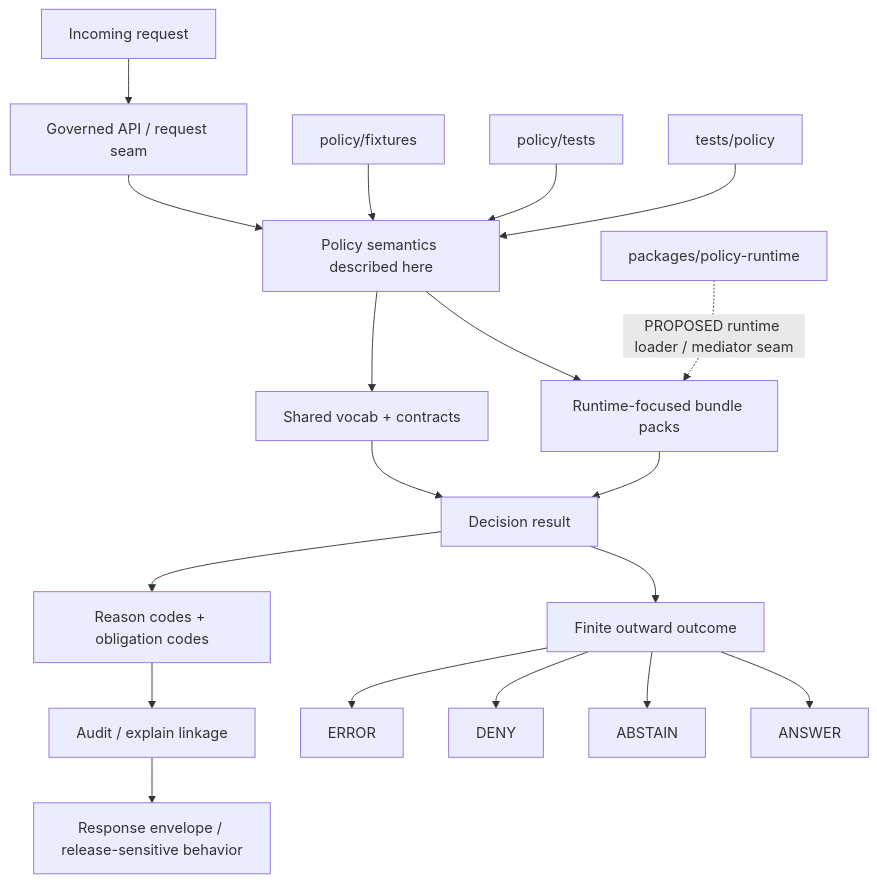
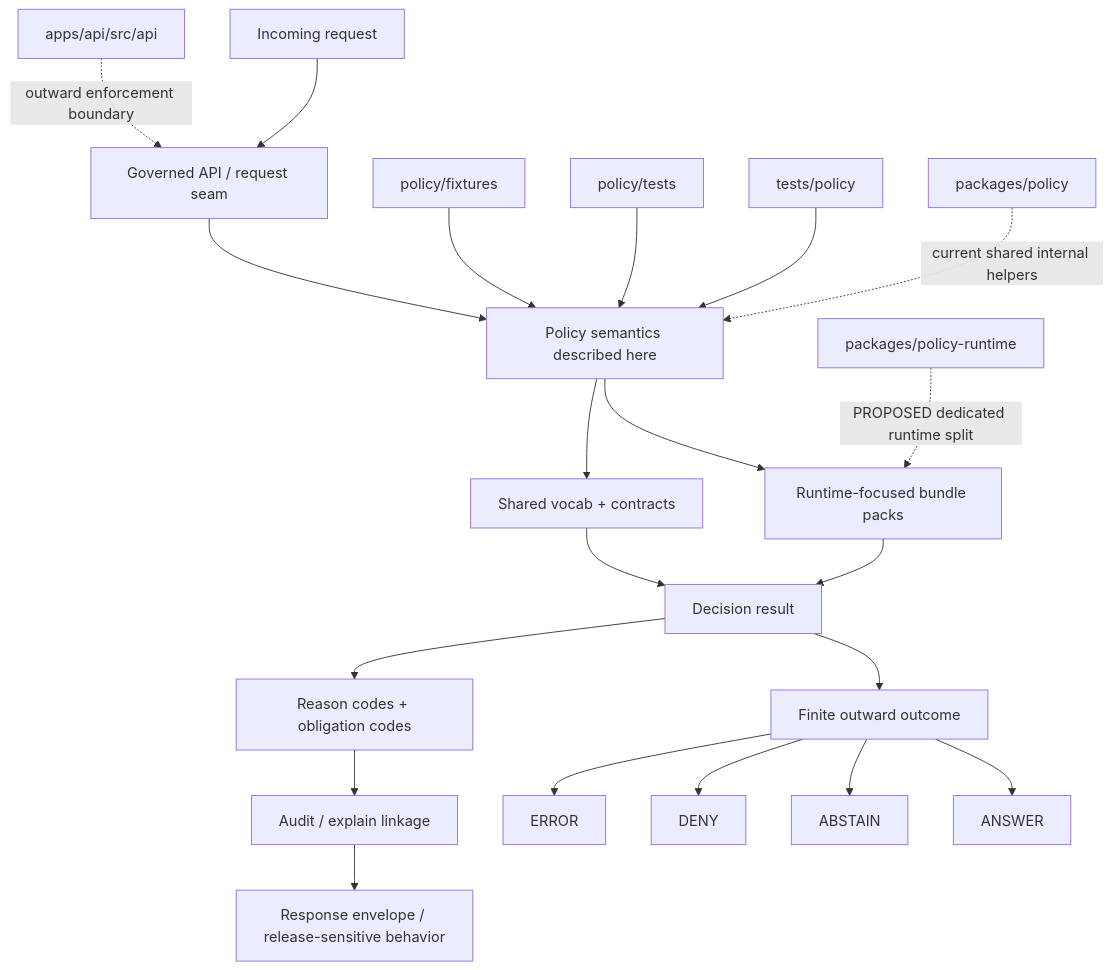
The diagram in policy/policy-runtime/README.md (bartytime4life/Kansas-Frontier-Matrix), drawn with Mermaid before and after one commit. The commit also changed other lines of this file, not shown here.

First line of the commit message:
Revise README with updated date and boundary clarifications

````diff
--- a/policy/policy-runtime/README.md
+++ b/policy/policy-runtime/README.md
@@ -330,24 +404,31 @@
 ```mermaid
 flowchart TD
     A[Incoming request] --> B[Governed API / request seam]
     B --> C[Policy semantics described here]
     C --> D[Runtime-focused bundle packs]
     C --> E[Shared vocab + contracts]
     D --> F[Decision result]
     E --> F
     F --> G[Finite outward outcome]
     G --> H[ANSWER]
     G --> I[ABSTAIN]
     G --> J[DENY]
     G --> K[ERROR]
 
     F --> L[Reason codes + obligation codes]
     L --> M[Audit / explain linkage]
     M --> N[Response envelope / release-sensitive behavior]
 
     O[policy/fixtures] --> C
     P[policy/tests] --> C
     Q[tests/policy] --> C
-    R[packages/policy-runtime]
-    R -. PROPOSED runtime loader / mediator seam .-> D
+
+    R[packages/policy]
+    R -. current shared internal helpers .-> C
+
+    S[apps/api/src/api]
+    S -. outward enforcement boundary .-> B
+
+    T[packages/policy-runtime]
+    T -. PROPOSED dedicated runtime split .-> D
 ```
````
